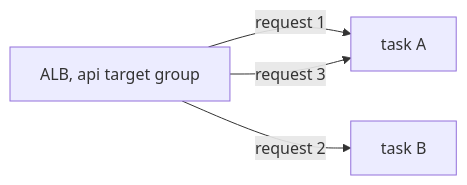
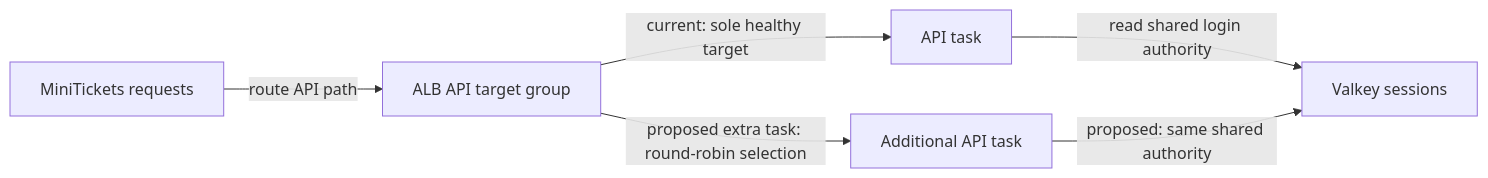
Before and after one commit to maheshnd/minitickets: the diagram in docs/handbook/concepts/load-balancing-algorithms.md, drawn with Mermaid. The commit also changed other lines of this file and 119 other files, not shown here.

````diff
--- a/docs/handbook/concepts/load-balancing-algorithms.md
+++ b/docs/handbook/concepts/load-balancing-algorithms.md
@@ -20,6 +19,8 @@
 ```mermaid
 flowchart LR
-    alb["ALB, api target group"] -->|"request 1"| a["task A"]
-    alb -->|"request 2"| b["task B"]
-    alb -->|"request 3"| a
+    B["MiniTickets requests"] -->|"route API path"| L["ALB API target group"]
+    L -->|"current: sole healthy target"| A["API task"]
+    L -->|"proposed extra task: round-robin selection"| N["Additional API task"]
+    A -->|"read shared login authority"| R["Valkey sessions"]
+    N -->|"proposed: same shared authority"| R
 ```
````
